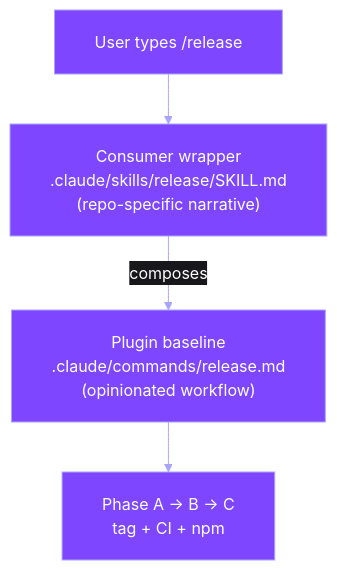
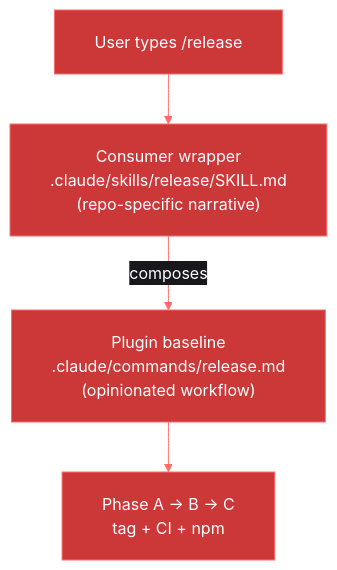
Before and after one commit to gagle/solo-npm: the third of 4 diagrams in README.md, drawn with Mermaid. The commit also changed other lines of this file and 6 other files, not shown here.

First line of the commit message:
docs: hero banner + npm-red palette across diagrams + resources/

````diff
--- a/README.md
+++ b/README.md
@@ -378,25 +381,26 @@
 ```mermaid
 %%{init: {'theme':'base','themeVariables':{
-  'primaryColor':'#7e47ff',
+  'primaryColor':'#cb3837',
   'primaryTextColor':'#ffffff',
-  'primaryBorderColor':'#a8a4fd',
-  'lineColor':'#a8a4fd',
-  'secondaryColor':'#5620bc',
-  'tertiaryColor':'#401e8a',
+  'primaryBorderColor':'#ff6b6a',
+  'lineColor':'#ff6b6a',
+  'secondaryColor':'#a02320',
+  'tertiaryColor':'#7d1c1a',
   'background':'#111114',
-  'mainBkg':'#7e47ff',
-  'secondBkg':'#5620bc',
+  'mainBkg':'#cb3837',
+  'secondBkg':'#a02320',
   'tertiaryBkg':'#2c2a32',
   'clusterBkg':'#18171c',
   'clusterBorder':'#56555b',
+  'titleColor':'#ff6b6a',
   'edgeLabelBackground':'#18171c',
   'fontFamily':'ui-monospace, monospace'
 },'flowchart':{'padding':20,'subGraphTitleMargin':{'top':15,'bottom':15}}}}%%
 flowchart TD
     user["User types /release"]
     wrapper["Consumer wrapper<br/>.claude/skills/release/SKILL.md<br/>(repo-specific narrative)"]
     baseline["Plugin baseline<br/>.claude/commands/release.md<br/>(opinionated workflow)"]
     user --> wrapper
     wrapper -->|"composes"| baseline
     baseline --> exec["Phase A → B → C<br/>tag + CI + npm"]
 ```
````
